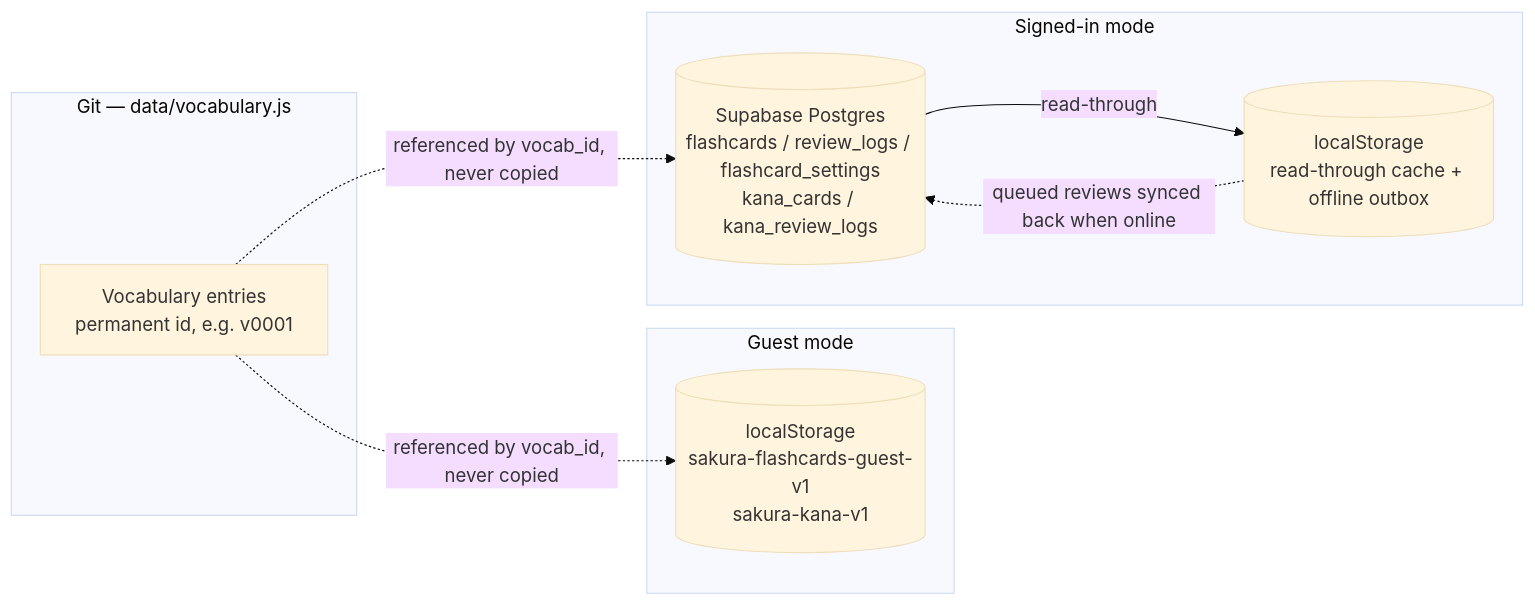
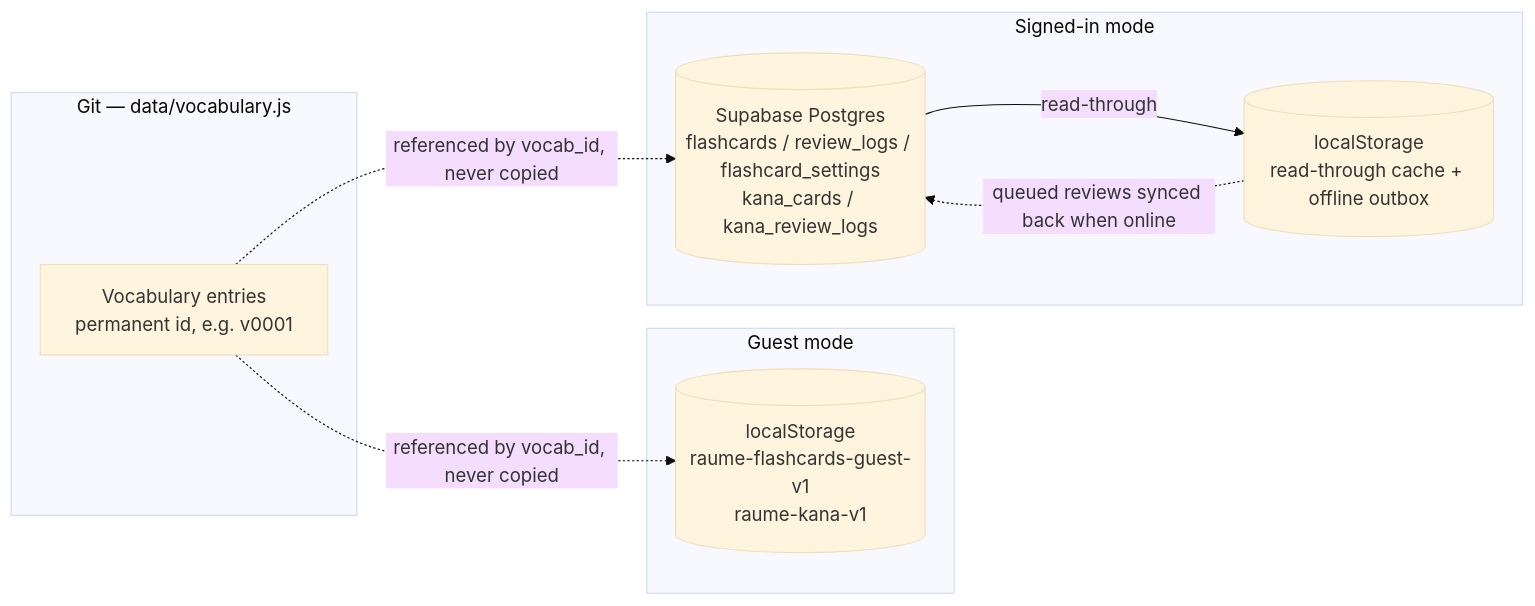
Before and after one commit to xxvazquez/japanese-study: the diagram in README.md, drawn with Mermaid (base theme). The commit also changed other lines of this file and 11 other files, not shown here.

First line of the commit message:
Rename on-device storage keys from the sakura- prefix to raume-

````diff
--- a/README.md
+++ b/README.md
@@ -216,18 +216,18 @@
 ```mermaid
 flowchart LR
     subgraph git["Git — data/vocabulary.js"]
         V["Vocabulary entries<br/>permanent id, e.g. v0001"]
     end
     subgraph guest["Guest mode"]
-        LS[("localStorage<br/>sakura-flashcards-guest-v1<br/>sakura-kana-v1")]
+        LS[("localStorage<br/>raume-flashcards-guest-v1<br/>raume-kana-v1")]
     end
     subgraph account["Signed-in mode"]
         SB[("Supabase Postgres<br/>flashcards / review_logs / flashcard_settings<br/>kana_cards / kana_review_logs")]
         Cache[("localStorage<br/>read-through cache + offline outbox")]
     end
 
     V -. "referenced by vocab_id, never copied" .-> LS
     V -. "referenced by vocab_id, never copied" .-> SB
     SB -- "read-through" --> Cache
     Cache -. "queued reviews synced back when online" .-> SB
 ```
````
